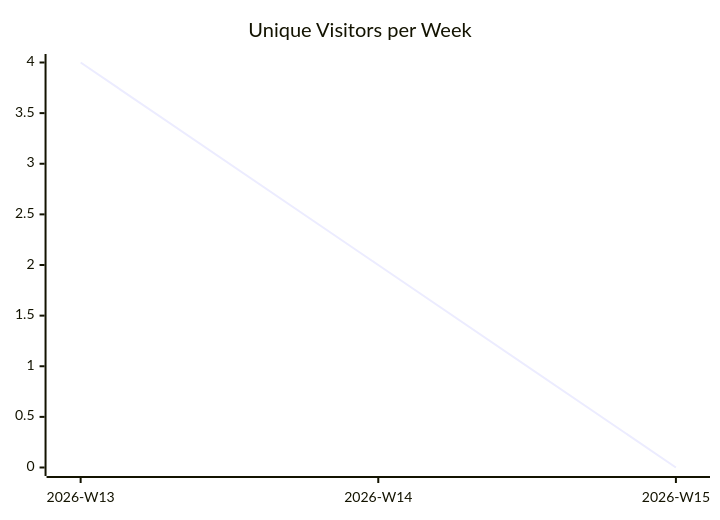
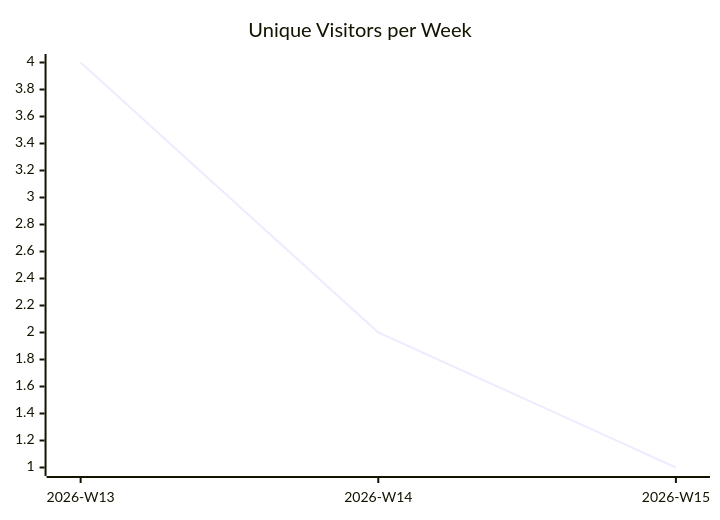
The first of 3 diagrams in karlmdavis/xmlpull/README.md (justdavis-family/github-analytics-data), drawn with Mermaid before and after one commit. The commit also changed other lines of this file and 157 other files, not shown here.

````diff
--- a/karlmdavis/xmlpull/README.md
+++ b/karlmdavis/xmlpull/README.md
@@ -5,6 +5,6 @@
 ```mermaid
 xychart-beta
   title "Unique Visitors per Week"
   x-axis ["2026-W13", "2026-W14", "2026-W15"]
-  line [4, 2, 0]
+  line [4, 2, 1]
 ```
````
